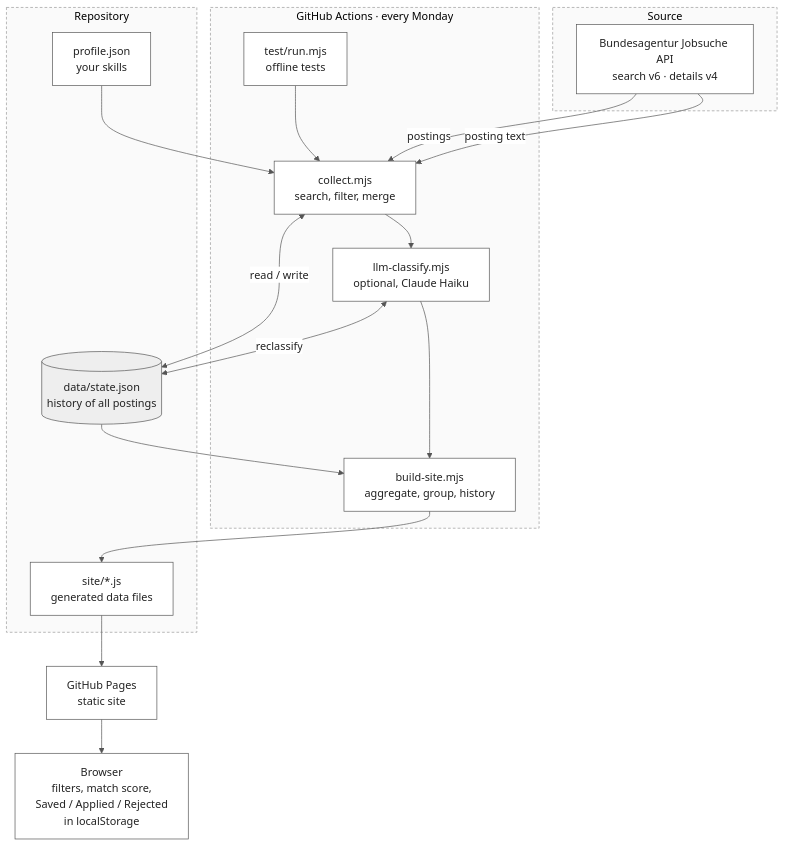
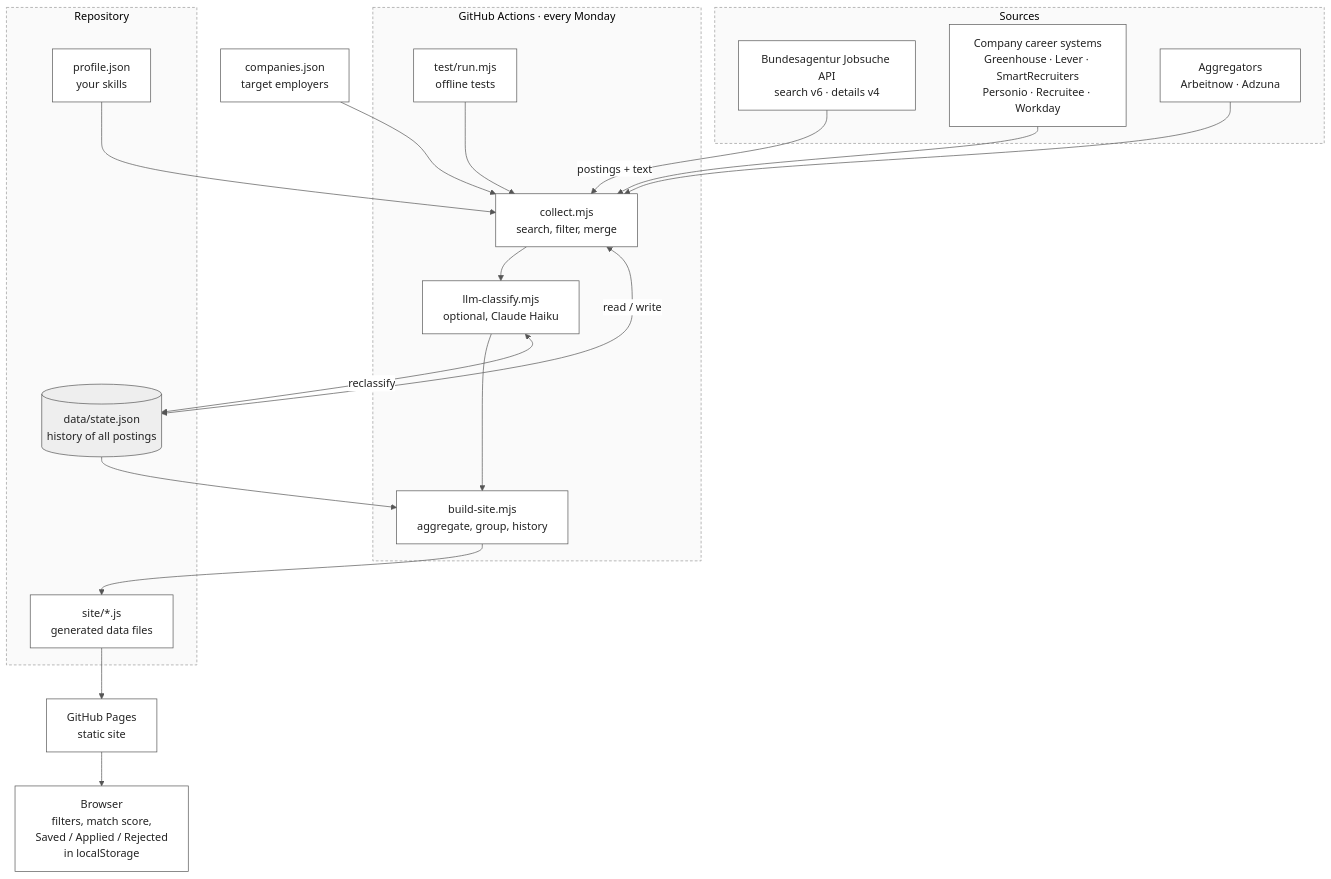
The diagram in README.md (AnushkaSDBI/Jobwatcher), drawn with Mermaid before and after one commit. The commit also changed other lines of this file and 38 other files, not shown here.

````diff
--- a/README.md
+++ b/README.md
@@ -27,41 +69,46 @@
 ```mermaid
 %%{init: {'theme':'base','themeVariables':{'primaryColor':'#ffffff','primaryBorderColor':'#555555','primaryTextColor':'#222222','lineColor':'#555555','fontFamily':'sans-serif'}}}%%
 flowchart TD
-    subgraph SRC[" Source "]
+    subgraph SRC[" Sources "]
         API["Bundesagentur Jobsuche API<br/>search v6 · details v4"]
+        ATS["Company career systems<br/>Greenhouse · Lever · SmartRecruiters<br/>Personio · Recruitee · Workday"]
+        AGG["Aggregators<br/>Arbeitnow · Adzuna"]
     end
+    CJ["companies.json<br/>target employers"]
 
     subgraph GH[" GitHub Actions · every Monday "]
         T["test/run.mjs<br/>offline tests"]
         C["collect.mjs<br/>search, filter, merge"]
         L["llm-classify.mjs<br/>optional, Claude Haiku"]
         B["build-site.mjs<br/>aggregate, group, history"]
         T --> C --> L --> B
     end
 
     subgraph REPO[" Repository "]
         S[("data/state.json<br/>history of all postings")]
         P["profile.json<br/>your skills"]
         W["site/*.js<br/>generated data files"]
     end
 
     PG["GitHub Pages<br/>static site"]
     U["Browser<br/>filters, match score,<br/>Saved / Applied / Rejected<br/>in localStorage"]
 
-    API -->|postings| C
-    API -->|posting text| C
+    API -->|postings + text| C
+    ATS --> C
+    AGG --> C
+    CJ --> C
     P --> C
     C <-->|read / write| S
     L <-->|reclassify| S
     S --> B
     B --> W
     W --> PG --> U
 
     classDef box fill:#ffffff,stroke:#555555,color:#222222;
     classDef store fill:#eeeeee,stroke:#555555,color:#222222;
-    class API,T,C,L,B,P,W,PG,U box;
+    class API,ATS,AGG,CJ,T,C,L,B,P,W,PG,U box;
     class S store;
     style SRC fill:#fafafa,stroke:#999999,stroke-dasharray: 4 3
     style GH fill:#fafafa,stroke:#999999,stroke-dasharray: 4 3
     style REPO fill:#fafafa,stroke:#999999,stroke-dasharray: 4 3
 ```
````
